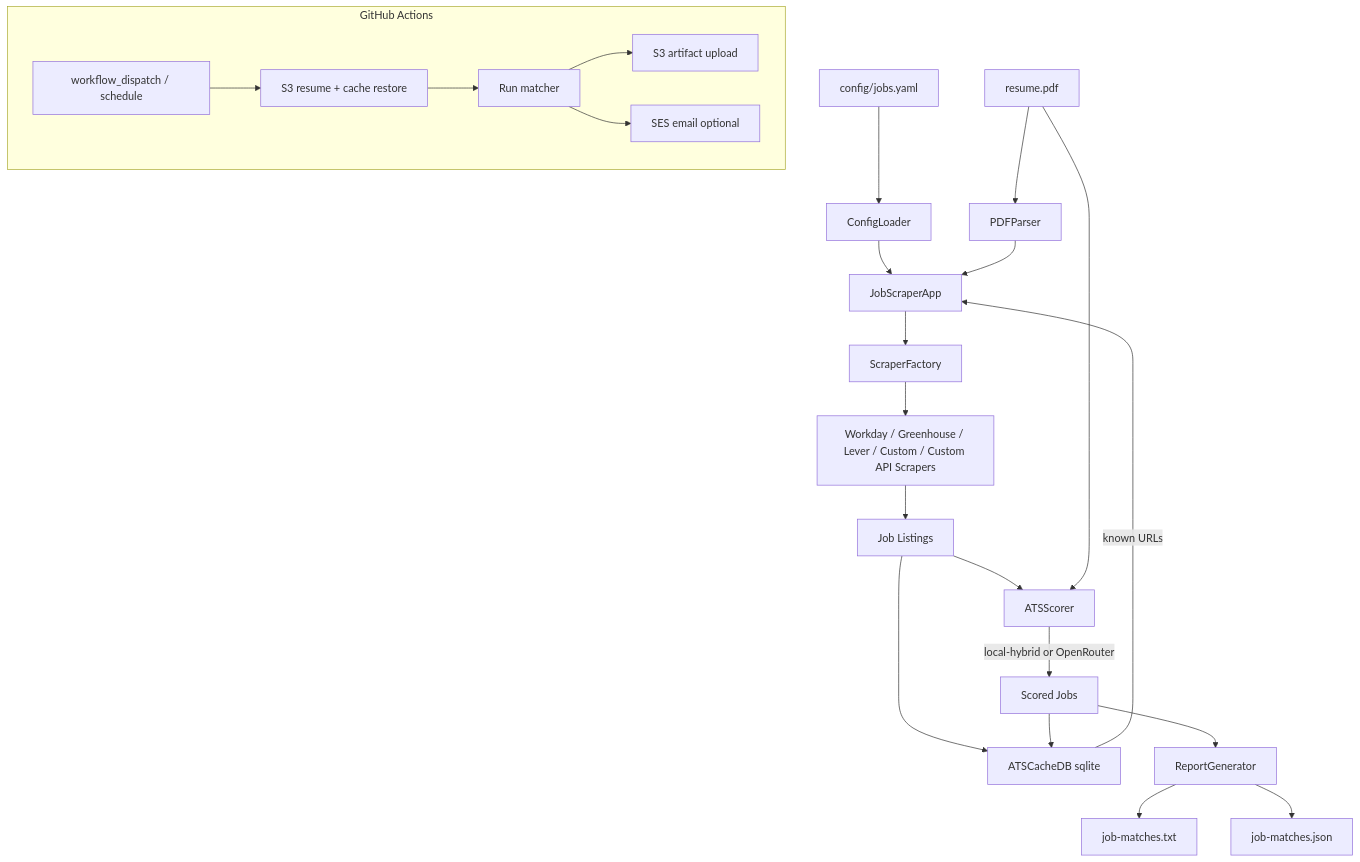
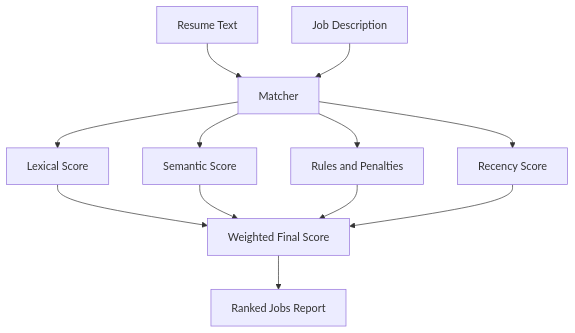
The first of 2 diagrams in README.md (shankr/dada), drawn with Mermaid before and after one commit. The commit also changed other lines of this file, not shown here.

Commit message:
Simplify README further.

````diff
--- a/README.md
+++ b/README.md
@@ -24,32 +24,14 @@
 ```mermaid
 flowchart TD
-    A[config/jobs.yaml] --> B[ConfigLoader]
-    B --> C[JobScraperApp]
-    D[resume.pdf] --> E[PDFParser]
-    E --> C
-
-    C --> F[ScraperFactory]
-    F --> G[Workday / Greenhouse / Lever / Custom / Custom API Scrapers]
-    G --> H[Job Listings]
-
-    H --> I[ATSCacheDB sqlite]
-    I -->|known URLs| C
-    H --> J[ATSScorer]
-    D --> J
-    J -->|local-hybrid or OpenRouter| K[Scored Jobs]
-    K --> I
-
-    K --> L[ReportGenerator]
-    L --> M[job-matches.txt]
-    L --> N[job-matches.json]
-
-    subgraph GitHub Actions
-      O[workflow_dispatch / schedule]
-      P[S3 resume + cache restore]
-      Q[Run matcher]
-      R[S3 artifact upload]
-      S[SES email optional]
-      O --> P --> Q --> R
-      Q --> S
-    end
+    A[Resume Text] --> B[Matcher]
+    C[Job Description] --> B
+    B --> D[Lexical Score]
+    B --> E[Semantic Score]
+    B --> F[Rules and Penalties]
+    B --> G[Recency Score]
+    D --> H[Weighted Final Score]
+    E --> H
+    F --> H
+    G --> H
+    H --> I[Ranked Jobs Report]
 ```
````
